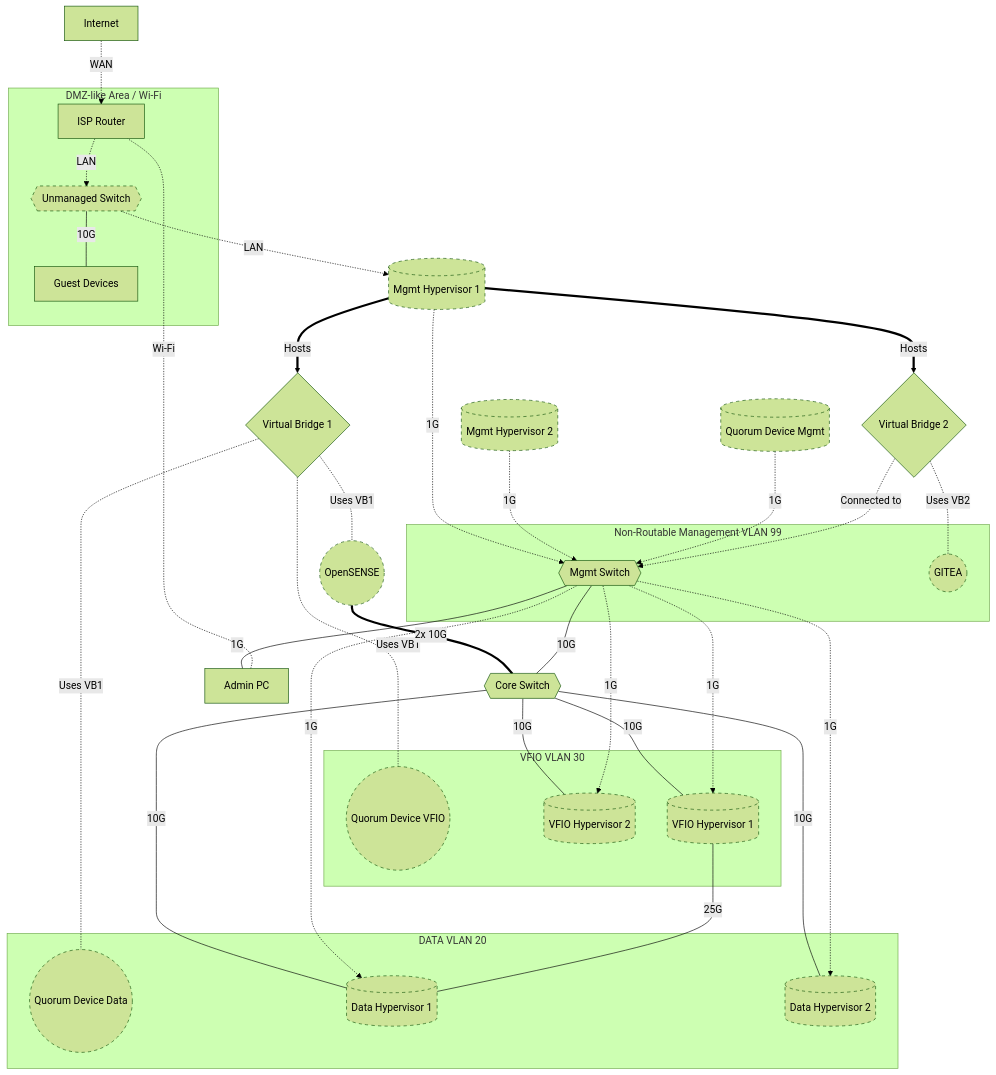
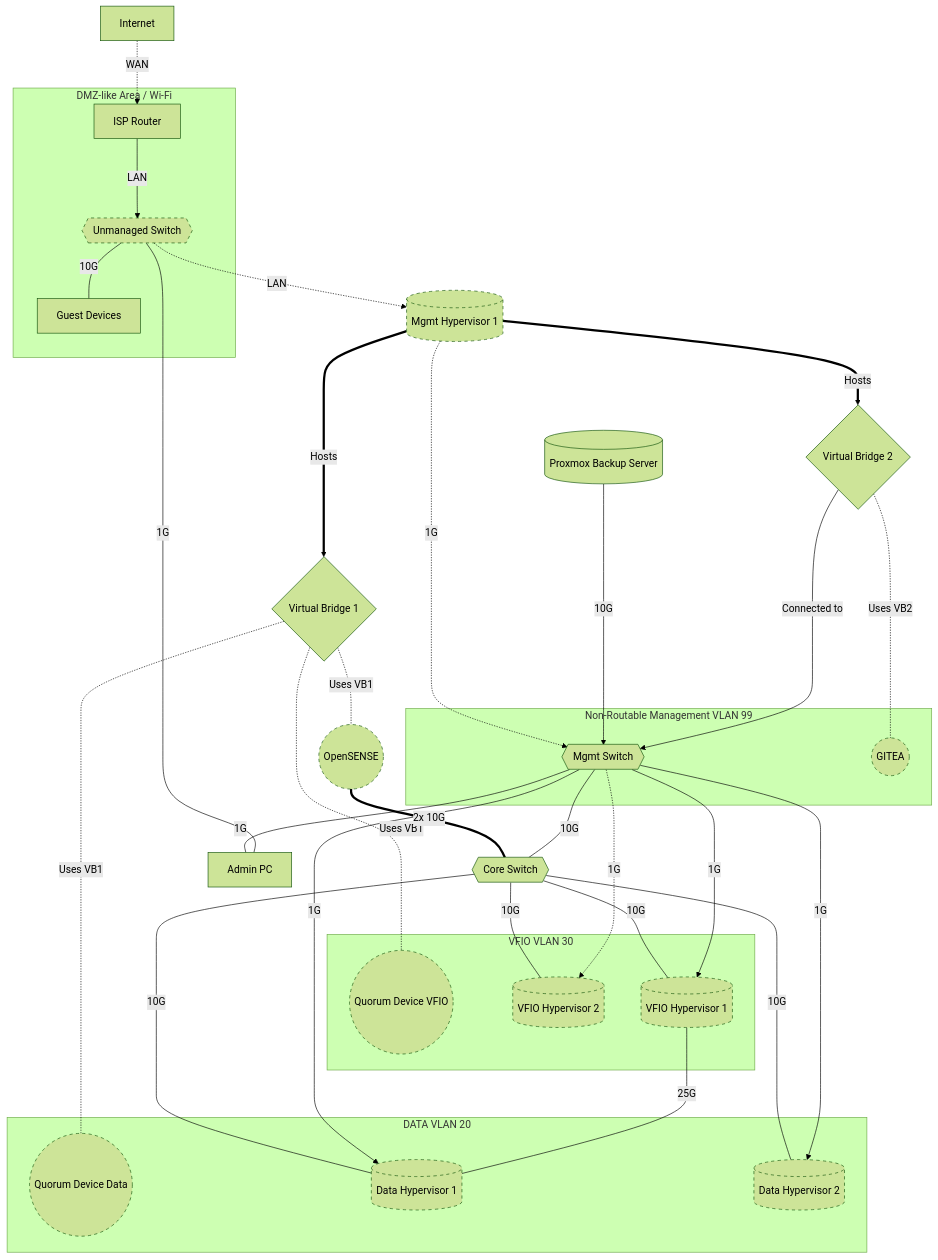
Before and after one commit to woeiru/lab: the diagram in alp/netop.md, drawn with Mermaid (forest theme).

Commit message:
standard

````diff
--- a/alp/netop.md
+++ b/alp/netop.md
@@ -3,52 +3,51 @@
 ```mermaid
 graph TD
  INT[Internet] -.-> |WAN| ISPR[ISP Router]
-    ISPR -.-> |LAN| US
+    ISPR ---> |LAN| US
     US{{Unmanaged Switch}} -.-> |LAN| MH1
     VB1{Virtual Bridge 1} -.- |"Uses VB1"| QDV((Quorum Device VFIO))
     VB1 -.- |"Uses VB1"| QDD((Quorum Device Data))
     VB1 -.- |"Uses VB1"| OPN((OpenSENSE))
     OPN ===|"2x 10G"| CS{{Core Switch}}
     MH1[(Mgmt Hypervisor 1)] -.-> |"1G"| MS{{Mgmt Switch}}
-    MH2[(Mgmt Hypervisor 2)] -.-> |"1G"| MS
-    QDM[(Quorum Device Mgmt)] -.-> |"1G"| MS
+    PBS[(Proxmox Backup Server)] ---> |"10G"| MS
     MS --- |"10G"| CS
     MS ---|"1G"| APC[Admin PC]
-    APC -.-|"Wi-Fi"| ISPR
+    APC ---|"1G"| US
     MH1 ==>|"Hosts"| VB1
     MH1 ==>|"Hosts"| VB2{Virtual Bridge 2}
     VB2 -.- |"Uses VB2"| GIT((GITEA))
-    VB2 -.-> |"Connected to"| MS
+    VB2 ---> |"Connected to"| MS
     CS ---|"10G"| VH2[(VFIO Hypervisor 2)]
     MS -.->|"1G"| VH2
     US ---|"10G"| GD[Guest Devices]
     CS ---|"10G"| VH1[(VFIO Hypervisor 1)]
-    MS -.->|"1G"| VH1
+    MS --->|"1G"| VH1
     CS ---|"10G"| DH1[(Data Hypervisor 1)]
-    MS -.->|"1G"| DH1
+    MS --->|"1G"| DH1
     CS ---|"10G"| DH2[(Data Hypervisor 2)]
-    MS -.->|"1G"| DH2
+    MS --->|"1G"| DH2
     VH1 ---|"25G"| DH1
     subgraph VLAN20 [DATA VLAN 20]
         DH1
         DH2
         QDD
     end
     subgraph VLAN30 [VFIO VLAN 30]
         VH1
         VH2
         QDV
     end
     subgraph VLAN99 [Non-Routable Management VLAN 99]
         MS
         GIT
     end
     subgraph DMZ [DMZ-like Area / Wi-Fi]
         ISPR
         GD
         US
     end
 
     classDef punctuated stroke-dasharray: 5 5;
-    class US,MH1,MH2,QDM,VH1,VH2,DH1,DH2,GIT,QDV,QDD,OPN punctuated;
+    class US,MH1,VH1,VH2,DH1,DH2,GIT,QDV,QDD,OPN punctuated;
 ```
````
